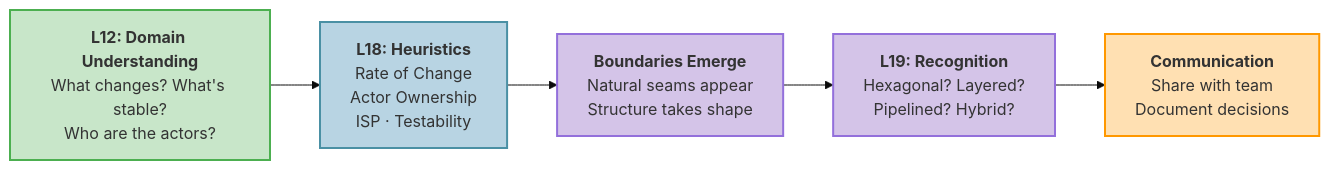
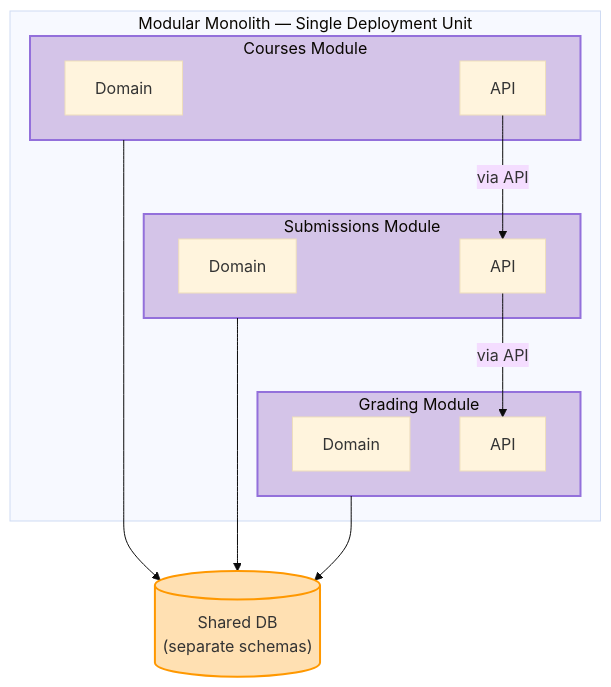
One commit to neu-pdi/cs3100-public-resources changed the sixth of 6 diagrams in lecture-slides/l19-architectural-qualities.mdx. Above: the diagram before and after it, drawn with Mermaid. The commit also changed other lines of this file and 1 other file, not shown here.

````diff
--- a/lecture-slides/l19-architectural-qualities.mdx
+++ b/lecture-slides/l19-architectural-qualities.mdx
@@ -2352,18 +1685,29 @@
 ```mermaid
 %%{init: {'theme': 'base', 'themeVariables': { 'fontSize': '16px' }}}%%
-flowchart LR
-    L12["<strong>L12: Domain Understanding</strong><br/>What changes? What's stable?<br/>Who are the actors?"] --> L18["<strong>L18: Heuristics</strong><br/>Rate of Change<br/>Actor Ownership<br/>ISP · Testability"]
-    L18 --> EMERGE["<strong>Boundaries Emerge</strong><br/>Natural seams appear<br/>Structure takes shape"]
-    EMERGE --> L19["<strong>L19: Recognition</strong><br/>Hexagonal? Layered?<br/>Pipelined? Hybrid?"]
-    L19 --> COMMUNICATE["<strong>Communication</strong><br/>Share with team<br/>Document decisions"]
+graph TD
+    subgraph MM["Modular Monolith — Single Deployment Unit"]
+        subgraph C["Courses Module"]
+            CD["Domain"]
+            CA["API"]
+        end
+        subgraph S["Submissions Module"]
+            SD["Domain"]
+            SA["API"]
+        end
+        subgraph G["Grading Module"]
+            GD["Domain"]
+            GA["API"]
+        end
+    end
+    SA -->|"via API"| GA
+    CA -->|"via API"| SA
+    DB[("Shared DB<br/>(separate schemas)")]
+    C --> DB
+    S --> DB
+    G --> DB
 
-    classDef domain fill:#C8E6C9,stroke:#4CAF50,stroke-width:2px
-    classDef heuristic fill:#B8D4E3,stroke:#4A90A4,stroke-width:2px
-    classDef emerge fill:#D4C4E8,stroke:#9370DB,stroke-width:2px
-    classDef comm fill:#FFE0B2,stroke:#FF9800,stroke-width:2px
-
-    class L12 domain
-    class L18 heuristic
-    class EMERGE,L19 emerge
-    class COMMUNICATE comm
+    classDef modbox fill:#D4C4E8,stroke:#9370DB,stroke-width:2px
+    classDef db fill:#FFE0B2,stroke:#FF9800,stroke-width:2px
+    class C,S,G modbox
+    class DB db
 ```
````
